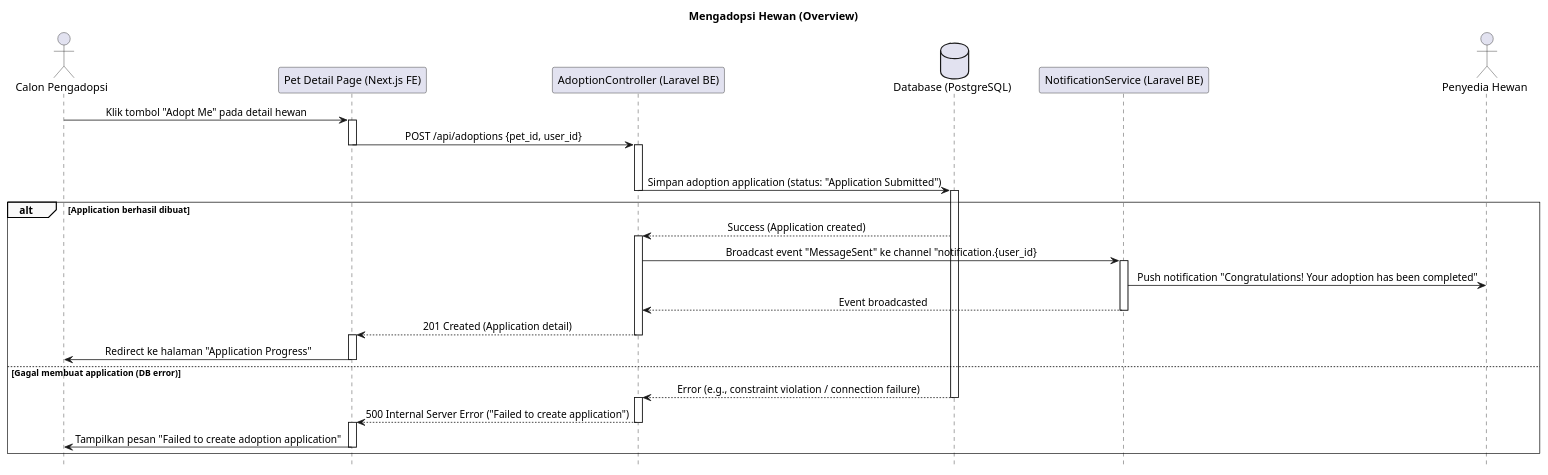
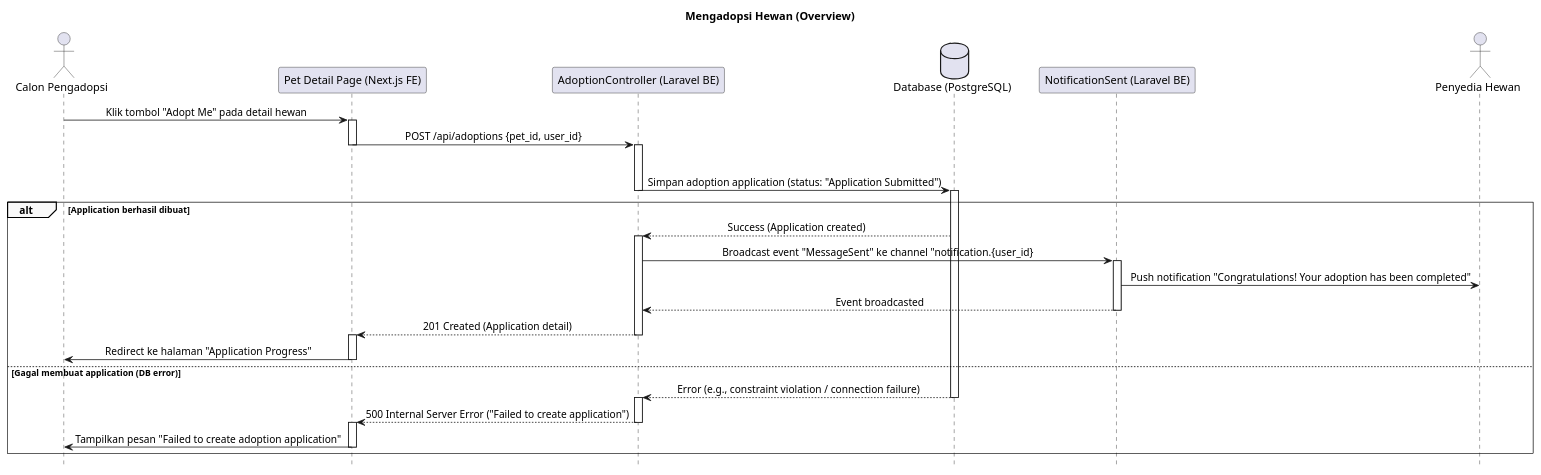
The diagram in sequence/MengadopsiHewan.plantuml (fadhel-rizanda/skripsi-plantuml), drawn with PlantUML before and after one commit. The commit also changed 27 other files, not shown here.

```diff
--- a/sequence/MengadopsiHewan.plantuml
+++ b/sequence/MengadopsiHewan.plantuml
@@ -1,101 +1,101 @@
 @startuml
 ' === Styling ===
 skinparam sequence {
     LifelineFooterStrategy none
     MessageAlign center
     ArrowThickness 1
     ParticipantPadding 20
     GroupBorderThickness 0.5
     GroupBackgroundColor #F9F9F9
 }
 hide footbox
 
 ' === Participants ===
 actor "Calon Pengadopsi" as Adopter
 participant "Pet Detail Page (Next.js FE)" as FE
 participant "AdoptionController (Laravel BE)" as BE
 database "Database (PostgreSQL)" as DB
-participant "NotificationService (Laravel BE)" as NS
+participant "NotificationSent (Laravel BE)" as NS
 actor "Penyedia Hewan" as FE_Adopter
 
 title Mengadopsi Hewan (Overview)
 
 ' === Flow 1: Memulai Proses Adopsi ===
 Adopter -> FE: Klik tombol "Adopt Me" pada detail hewan
 activate FE
 FE -> BE: POST /api/adoptions {pet_id, user_id}
 deactivate FE
 activate BE
 
 alt Validasi berhasil (profile lengkap & pet tersedia)
     BE -> DB: Simpan adoption application (status: "Application Submitted")
     deactivate BE
     activate DB
 
     alt Application berhasil dibuat
         DB --> BE: Success (Application created)
         activate BE
         BE -> NS: Broadcast event "MessageSent" ke channel "notification.{user_id}
         activate NS
         NS -> FE_Adopter: Push notification "Congratulations! Your adoption has been completed"
         NS --> BE: Event broadcasted
 
         deactivate NS
         BE --> FE: 201 Created (Application detail)
         deactivate BE
         activate FE
         FE -> Adopter: Redirect ke halaman "Application Progress"
         deactivate FE
 
     else Gagal membuat application (DB error)
         DB --> BE: Error (e.g., constraint violation / connection failure)
         deactivate DB
         activate BE
         BE --> FE: 500 Internal Server Error ("Failed to create application")
         deactivate BE
         activate FE
         FE -> Adopter: Tampilkan pesan "Failed to create adoption application"
         deactivate FE
     end
 
 
 ' === Flow 2: Melihat Progress Adopsi ===
 'Adopter -> FE: Buka halaman "My Applications"
 'activate FE
 'FE -> BE: GET /api/adoptions/user/{user_id}
 'deactivate FE
 'activate BE
 'BE -> DB: Ambil semua adoption applications milik user
 'activate DB
 'DB --> BE: Return list of applications / null
 'deactivate DB
 'BE --> FE: 200 OK (List of applications dengan status)
 'deactivate BE
 'activate FE
 'FE -> Adopter: Tampilkan daftar aplikasi adopsi dengan tahapan masing-masing
 'deactivate FE
 '
 'note right of FE
 '    Setiap tahapan memiliki use case tersendiri:
 '
 '    **UC-01: Upload Requirements**
 '    - Adopter upload dokumen persyaratan
 '    - Status berubah ke "Application Submitted"
 '
 '    **UC-02: Provider Review Application**
 '    - Provider review & approve/reject
 '    - Status berubah ke "Application Reviewed"
 '
 '    **UC-03: Schedule Meet & Greet**
 '    - Provider tentukan jadwal pertemuan
 '    - Status berubah ke "Meet & Greet Scheduled"
 '
 '    **UC-04: Complete Adoption**
 '    - Adopter upload bukti hand over
 '    - Status berubah ke "Completed"
 '
 '    Setiap use case akan memiliki
 '    sequence diagram detail tersendiri
 'end note
 
 @enduml
```
